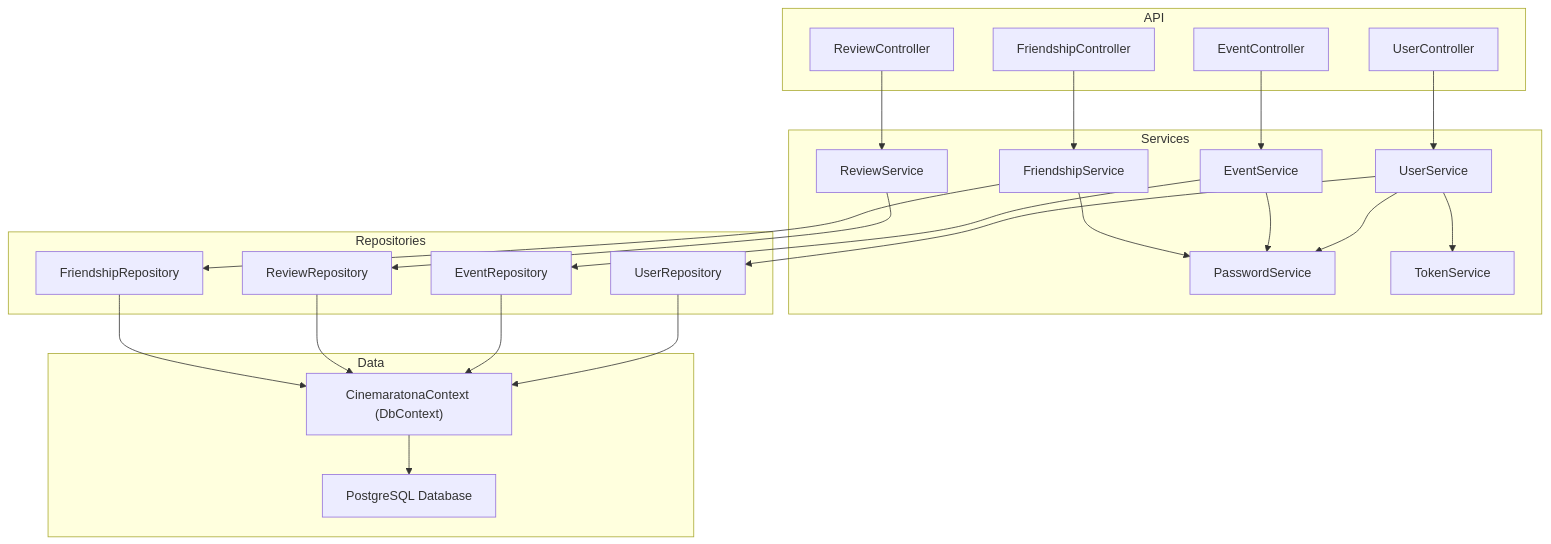
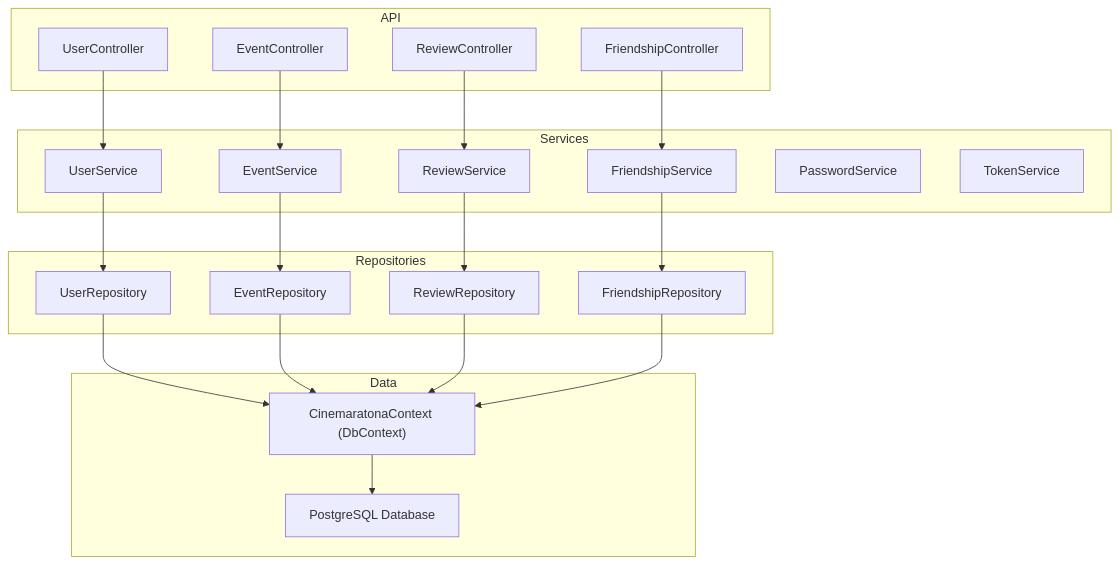
Before and after one commit to Danielcmc100/cinemaratona-backend: the diagram in README.md, drawn with Mermaid. The commit also changed other lines of this file, not shown here.

Commit message:
docs: add component/architecture diagram to README for improved project clarity

````diff
--- a/README.md
+++ b/README.md
@@ -101,55 +103,51 @@
 ```mermaid
 graph TD
     subgraph API
         UserController["UserController"]
         EventController["EventController"]
         ReviewController["ReviewController"]
         FriendshipController["FriendshipController"]
     end
 
     subgraph Services
         UserService["UserService"]
         EventService["EventService"]
         ReviewService["ReviewService"]
         FriendshipService["FriendshipService"]
         PasswordService["PasswordService"]
         TokenService["TokenService"]
     end
 
     subgraph Repositories
         UserRepository["UserRepository"]
         EventRepository["EventRepository"]
         ReviewRepository["ReviewRepository"]
         FriendshipRepository["FriendshipRepository"]
     end
 
     subgraph Data
         CinemaratonaContext["CinemaratonaContext (DbContext)"]
         PostgreSQL["PostgreSQL Database"]
     end
 
     %% Controllers -> Services
     UserController --> UserService
     EventController --> EventService
     ReviewController --> ReviewService
     FriendshipController --> FriendshipService
 
     %% Services -> Repositories
     UserService --> UserRepository
-    UserService --> PasswordService
-    UserService --> TokenService
     EventService --> EventRepository
-    EventService --> PasswordService
     ReviewService --> ReviewRepository
     FriendshipService --> FriendshipRepository
-    FriendshipService --> PasswordService
 
     %% Repositories -> DbContext
     UserRepository --> CinemaratonaContext
     EventRepository --> CinemaratonaContext
     ReviewRepository --> CinemaratonaContext
     FriendshipRepository --> CinemaratonaContext
 
     %% DbContext -> Database
     CinemaratonaContext --> PostgreSQL
 ```
````
